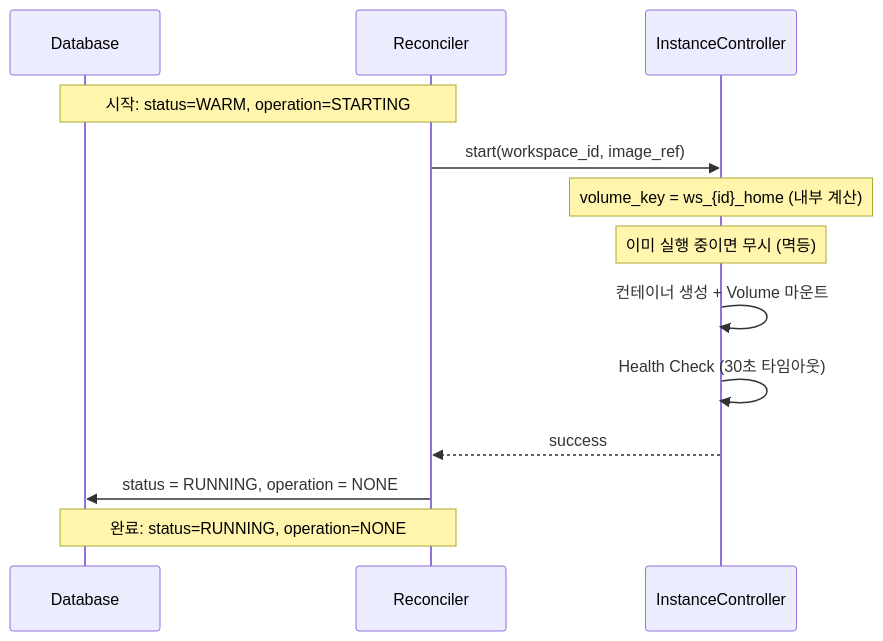
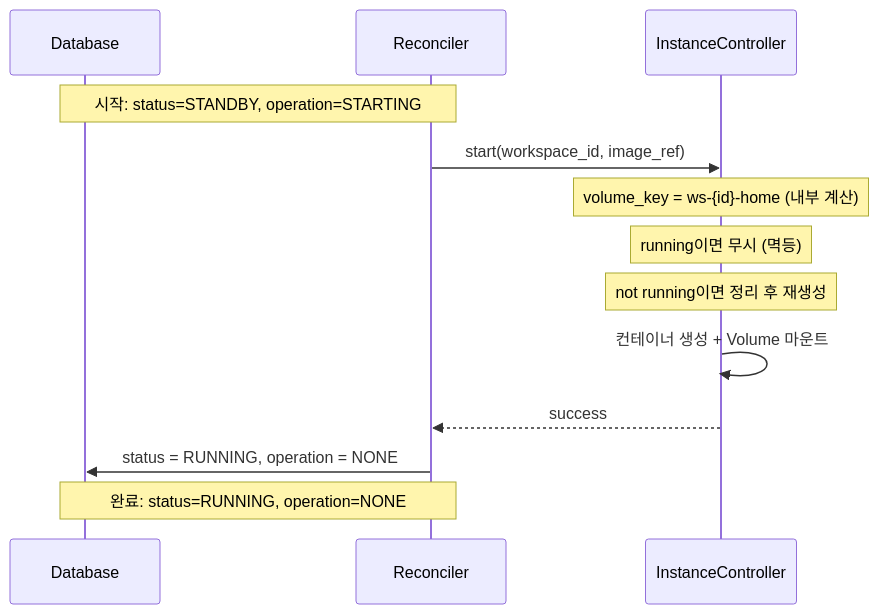
The second of 4 diagrams in docs/spec_v2/instance.md (cagojeiger/code-hub), drawn with Mermaid before and after one commit. The commit also changed other lines of this file and 11 other files, not shown here.

````diff
--- a/docs/spec_v2/instance.md
+++ b/docs/spec_v2/instance.md
@@ -186,17 +252,17 @@
 ```mermaid
 sequenceDiagram
     participant DB as Database
     participant R as Reconciler
     participant I as InstanceController
 
-    Note over DB,R: 시작: status=WARM, operation=STARTING
+    Note over DB,R: 시작: status=STANDBY, operation=STARTING
     R->>I: start(workspace_id, image_ref)
-    Note over I: volume_key = ws_{id}_home (내부 계산)
-    Note over I: 이미 실행 중이면 무시 (멱등)
+    Note over I: volume_key = ws-{id}-home (내부 계산)
+    Note over I: running이면 무시 (멱등)
+    Note over I: not running이면 정리 후 재생성
     I->>I: 컨테이너 생성 + Volume 마운트
-    I->>I: Health Check (30초 타임아웃)
     I-->>R: success
 
     R->>DB: status = RUNNING, operation = NONE
     Note over DB,R: 완료: status=RUNNING, operation=NONE
 ```
````
